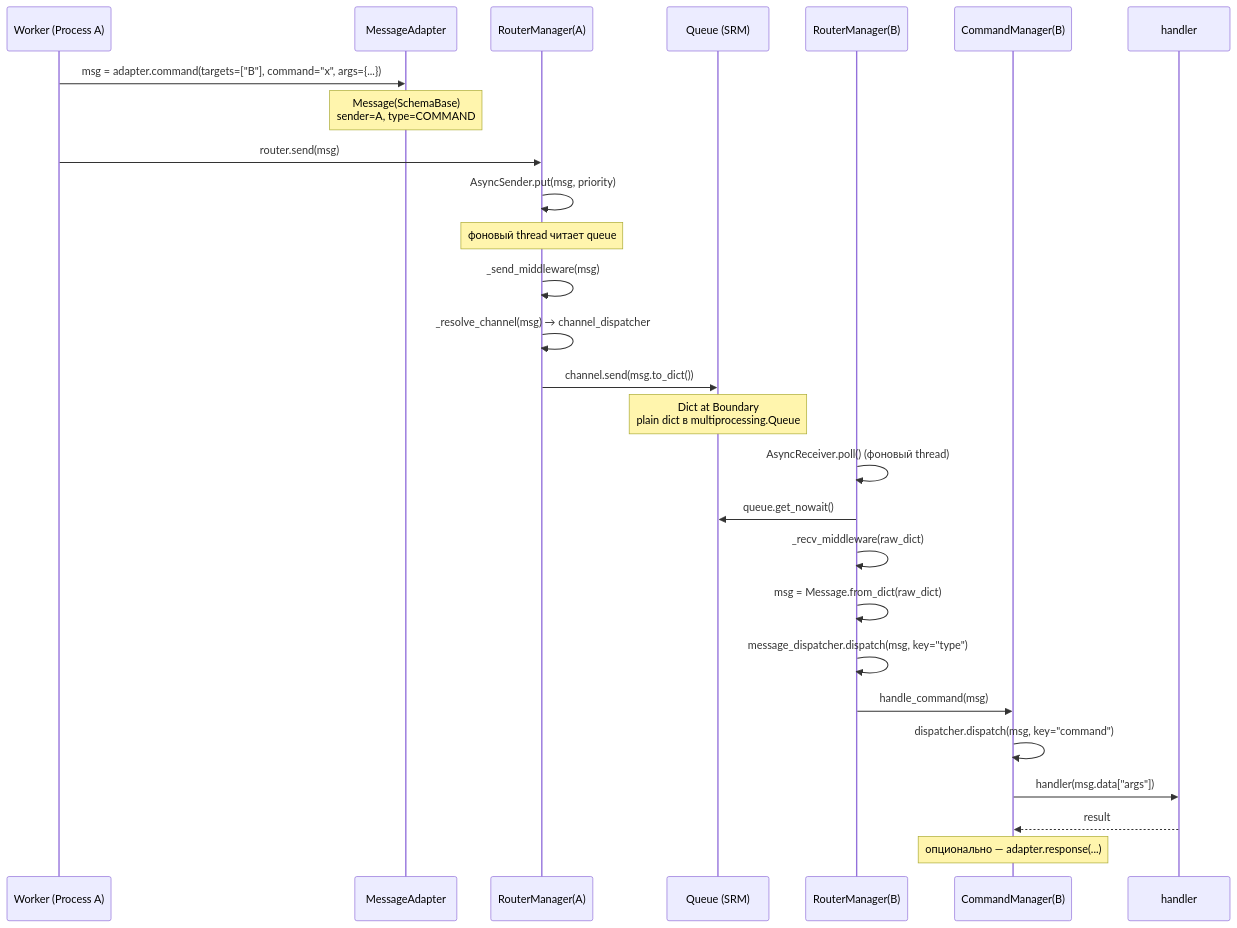
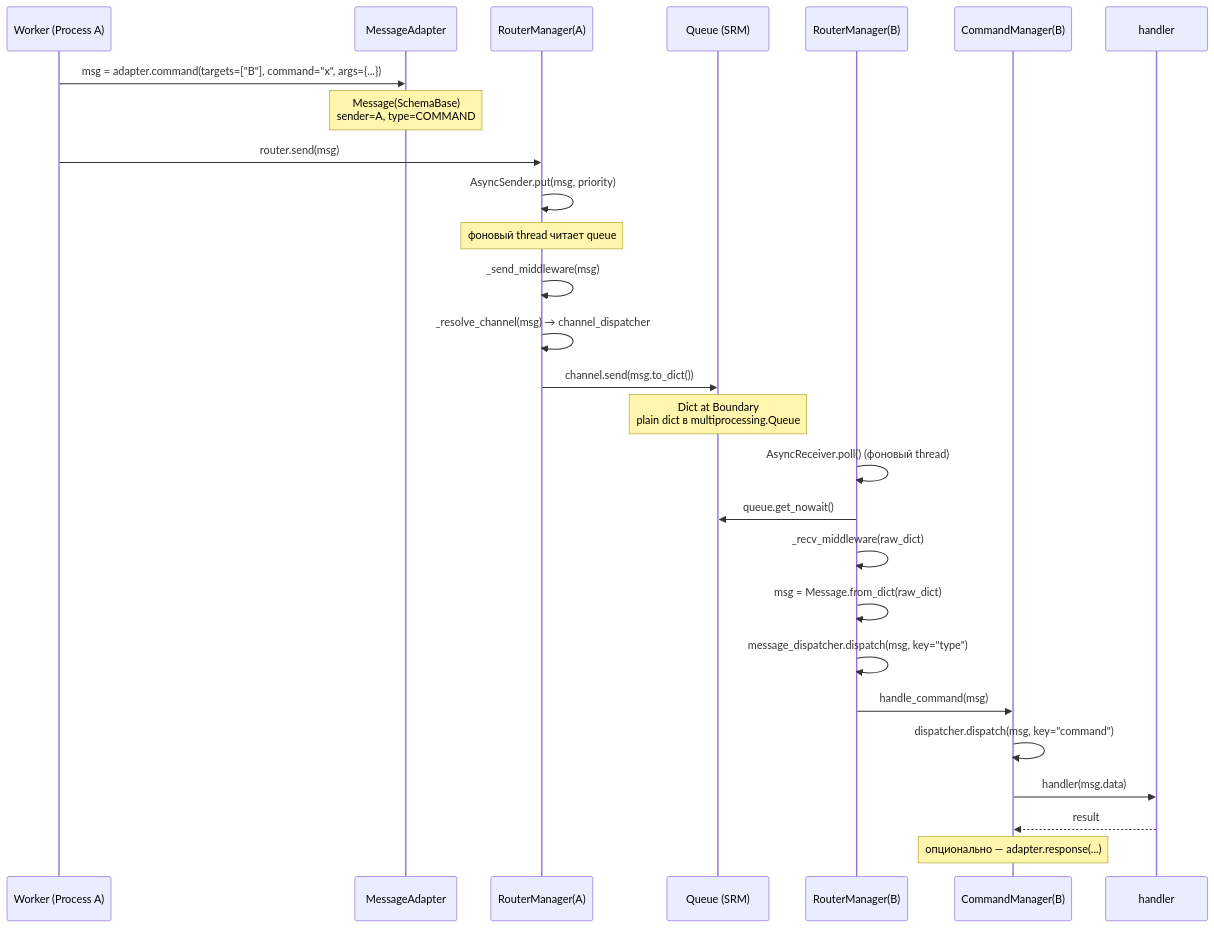
The second of 8 diagrams in multiprocess_framework/docs/INTERACTION_FLOWS.md (TWOKRAI/Inspector_bottles), drawn with Mermaid before and after one commit. The commit also changed 8 other files, not shown here.

````diff
--- a/multiprocess_framework/docs/INTERACTION_FLOWS.md
+++ b/multiprocess_framework/docs/INTERACTION_FLOWS.md
@@ -60,31 +60,31 @@
 ```mermaid
 sequenceDiagram
     participant WA as Worker (Process A)
     participant MA as MessageAdapter
     participant RA as RouterManager(A)
     participant Q as Queue (SRM)
     participant RB as RouterManager(B)
     participant CM as CommandManager(B)
     participant H as handler
 
     WA->>MA: msg = adapter.command(targets=["B"], command="x", args={...})
     Note over MA: Message(SchemaBase)<br/>sender=A, type=COMMAND
     WA->>RA: router.send(msg)
     RA->>RA: AsyncSender.put(msg, priority)
     Note over RA: фоновый thread читает queue
     RA->>RA: _send_middleware(msg)
     RA->>RA: _resolve_channel(msg) → channel_dispatcher
     RA->>Q: channel.send(msg.to_dict())
     Note over Q: Dict at Boundary<br/>plain dict в multiprocessing.Queue
 
     RB->>RB: AsyncReceiver.poll() (фоновый thread)
     RB->>Q: queue.get_nowait()
     RB->>RB: _recv_middleware(raw_dict)
     RB->>RB: msg = Message.from_dict(raw_dict)
     RB->>RB: message_dispatcher.dispatch(msg, key="type")
     RB->>CM: handle_command(msg)
     CM->>CM: dispatcher.dispatch(msg, key="command")
-    CM->>H: handler(msg.data["args"])
+    CM->>H: handler(msg.data)
     H-->>CM: result
     Note over CM: опционально — adapter.response(...)
 ```
````
